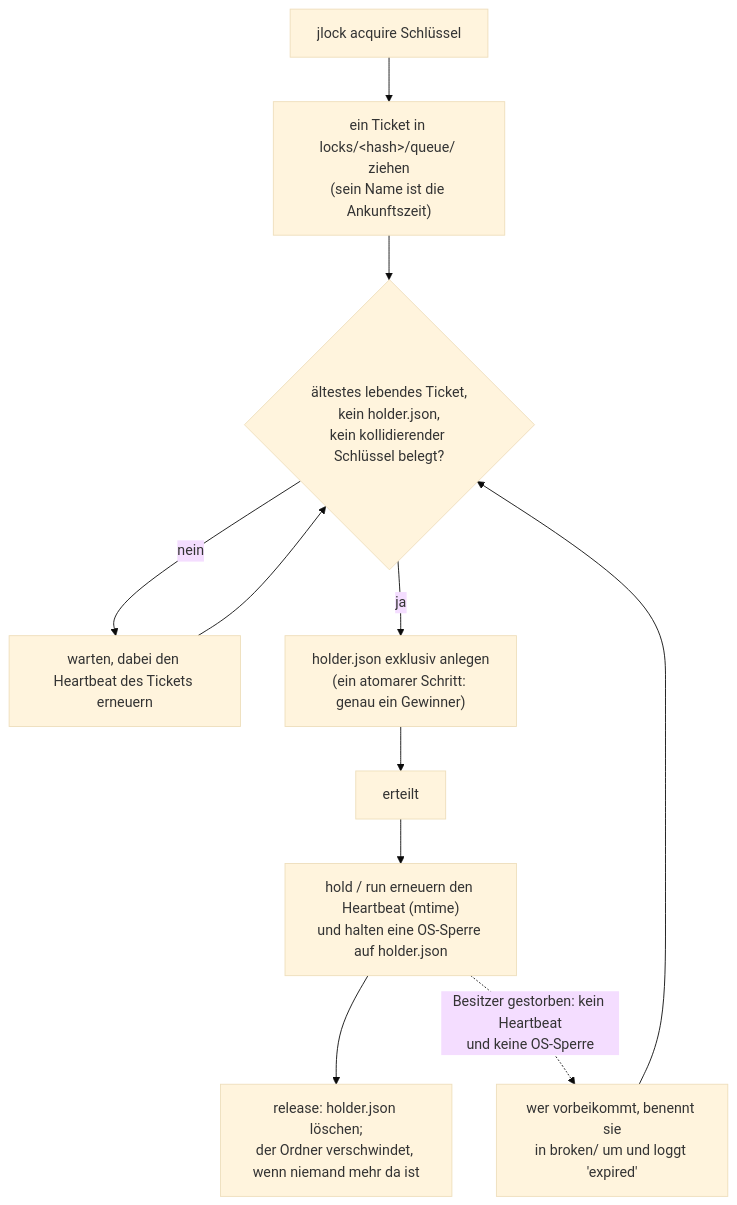
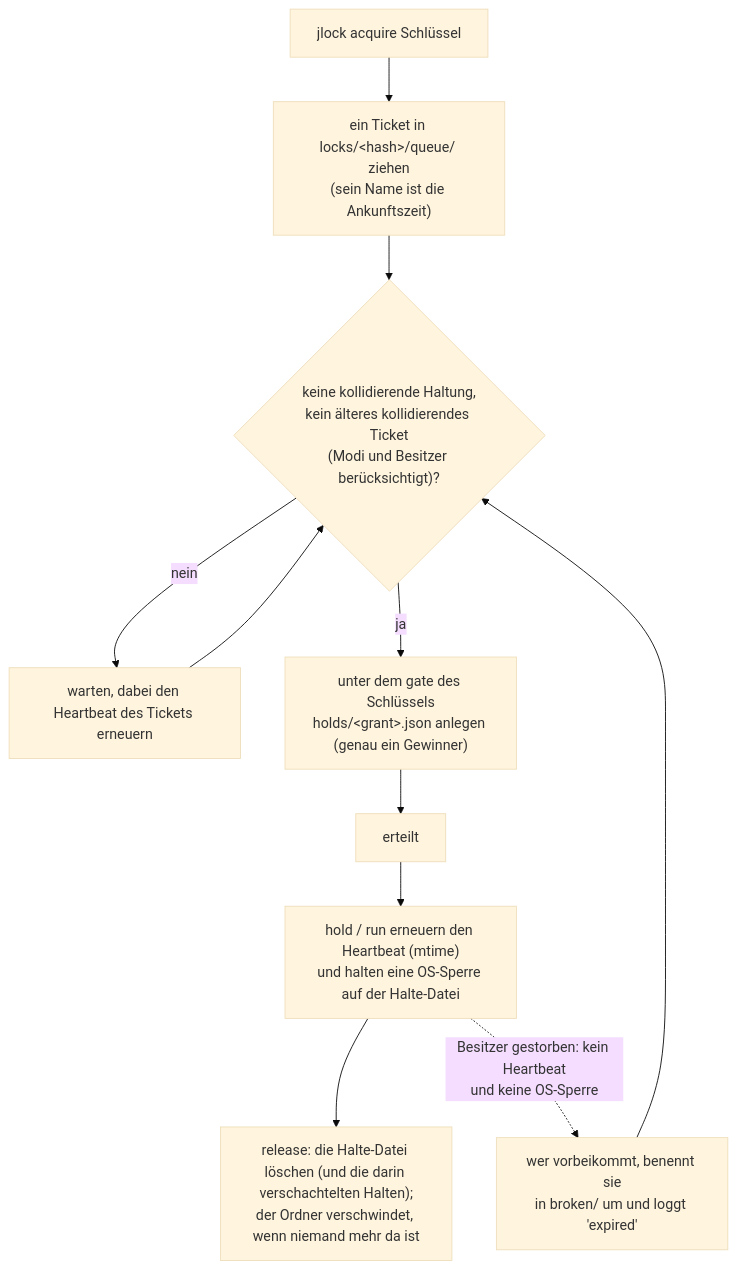
One commit to rodrigojager/jlock changed the diagram in README.de.md. Above: the diagram before and after it, drawn with Mermaid (base theme). The commit also changed other lines of this file and 10 other files, not shown here.

````diff
--- a/README.de.md
+++ b/README.de.md
@@ -220,12 +269,12 @@
 ```mermaid
 flowchart TD
     A["jlock acquire Schlüssel"] --> B["ein Ticket in locks/&lt;hash&gt;/queue/ ziehen<br/>(sein Name ist die Ankunftszeit)"]
-    B --> C{"ältestes lebendes Ticket,<br/>kein holder.json,<br/>kein kollidierender Schlüssel belegt?"}
+    B --> C{"keine kollidierende Haltung,<br/>kein älteres kollidierendes Ticket<br/>(Modi und Besitzer berücksichtigt)?"}
     C -- nein --> W["warten, dabei den Heartbeat des Tickets erneuern"] --> C
-    C -- ja --> D["holder.json exklusiv anlegen<br/>(ein atomarer Schritt: genau ein Gewinner)"]
+    C -- ja --> D["unter dem gate des Schlüssels<br/>holds/&lt;grant&gt;.json anlegen (genau ein Gewinner)"]
     D --> E["erteilt"]
-    E --> H["hold / run erneuern den Heartbeat (mtime)<br/>und halten eine OS-Sperre auf holder.json"]
-    H --> R["release: holder.json löschen;<br/>der Ordner verschwindet, wenn niemand mehr da ist"]
+    E --> H["hold / run erneuern den Heartbeat (mtime)<br/>und halten eine OS-Sperre auf der Halte-Datei"]
+    H --> R["release: die Halte-Datei löschen (und die darin verschachtelten Halten);<br/>der Ordner verschwindet, wenn niemand mehr da ist"]
     H -. "Besitzer gestorben: kein Heartbeat<br/>und keine OS-Sperre" .-> X["wer vorbeikommt, benennt sie<br/>in broken/ um und loggt 'expired'"]
     X --> C
 ```
````
